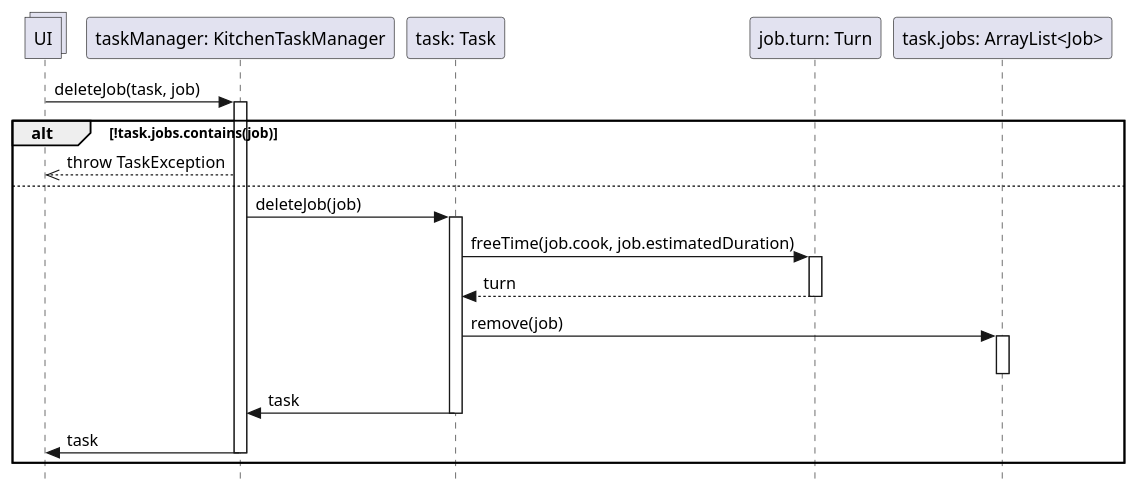
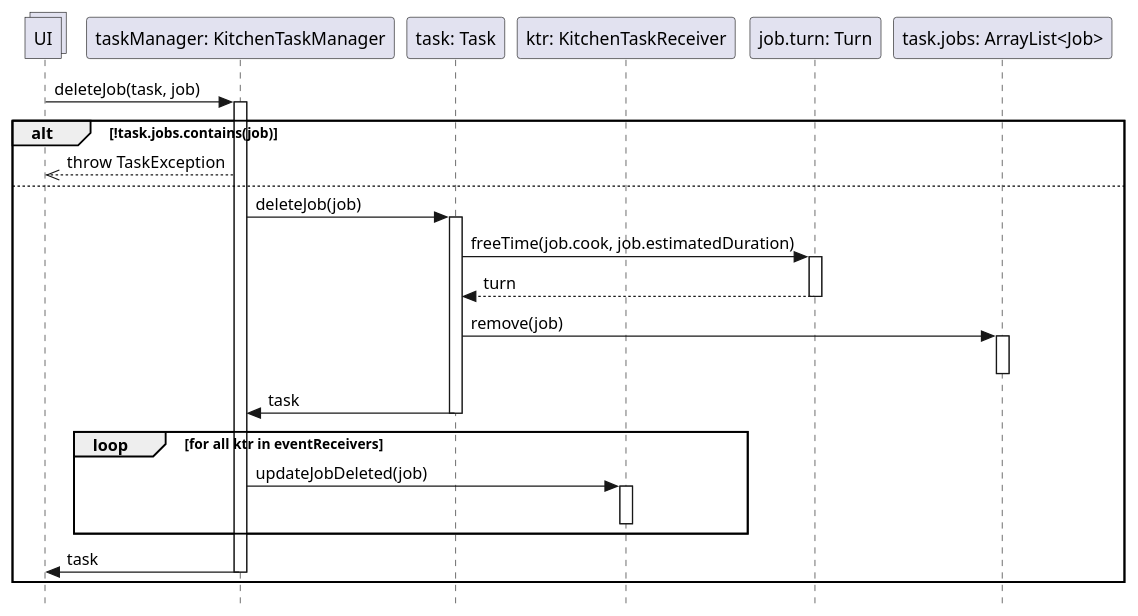
Before and after one commit to stefa168/sas-project: the diagram in DSD Operazione 6a.puml, drawn with PlantUML. The commit also changed 5 other files, not shown here.

```diff
--- a/DSD Operazione 6a.puml
+++ b/DSD Operazione 6a.puml
@@ -1,39 +1,46 @@
 @startuml Operazione 6a
 skinparam Style strictuml
 
 collections UI
 
 'commento di prova per vedere se riesco a pushare sul nuovo pc
 
 participant "taskManager: KitchenTaskManager" as tm
 participant "task: Task" as task
+participant "ktr: KitchenTaskReceiver" as ktr
 participant "job.turn: Turn" as t
 participant "task.jobs: ArrayList<Job>" as jl
 
 UI -> tm: deleteJob(task, job)
 activate tm
 
 alt !task.jobs.contains(job)
     UI <<-- tm: throw TaskException
 else
     tm -> task: deleteJob(job)
     activate task
     task -> t: freeTime(job.cook, job.estimatedDuration)
     activate t
     return turn
 
     task -> jl: remove(job)
     activate jl
     deactivate jl
 
     tm <- task: task
     deactivate task
 
+    loop for all ktr in eventReceivers
+        tm -> ktr : updateJobDeleted(job)
+        activate ktr
+        deactivate ktr
+    end
+
     UI <- tm: task
     deactivate tm
 
 end
 
 deactivate tm
 
 @enduml
```
